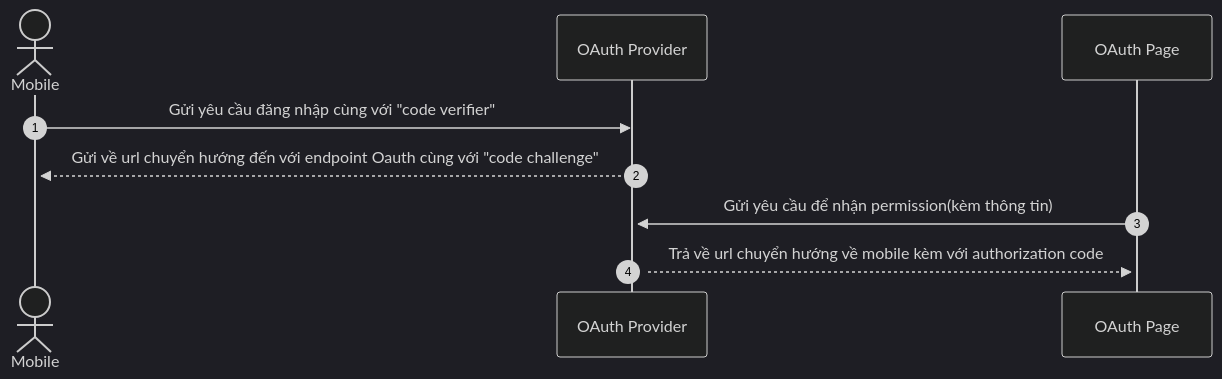
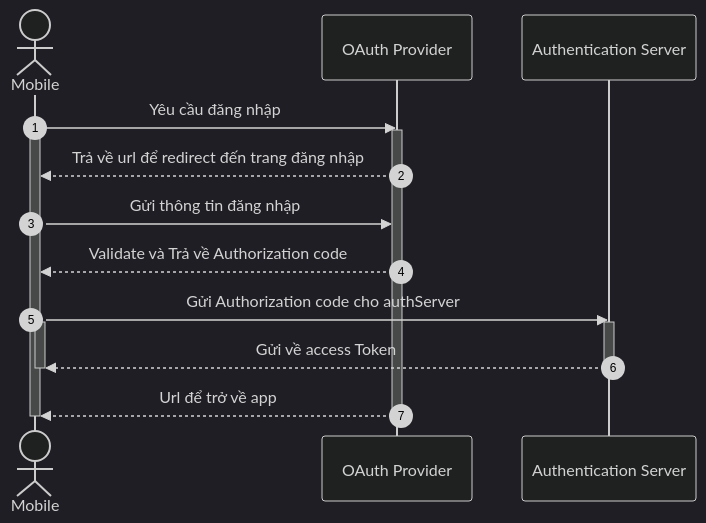
Before and after one commit to coinhub-uit/coinhub-uit.github.io: the second of 2 diagrams in docs/diagrams/sequence/user-auth.md, drawn with Mermaid (dark theme). The commit also changed other lines of this file, not shown here.

Commit message:
feat: diagram for user auth credential and oauth

````diff
--- a/docs/diagrams/sequence/user-auth.md
+++ b/docs/diagrams/sequence/user-auth.md
@@ -36,17 +27,24 @@
 ```mermaid
 sequenceDiagram
   autonumber
   actor mobile as Mobile
-  participant oauthProvider as OAuth Provider
-  participant oauthPage as OAuth Page
+  participant OAuthProvider as OAuth Provider
+  participant authServer as Authentication Server
 
-  mobile->>oauthProvider: Gửi yêu cầu đăng nhập cùng với "code verifier"
+  mobile->>OAuthProvider: Yêu cầu đăng nhập
   activate mobile
-  activate oauthProvider
-  oauthProvider-->>mobile: Gửi về url chuyển hướng đến với endpoint Oauth cùng với "code challenge"
+  activate OAuthProvider
+  OAuthProvider-->>mobile: Trả về url để redirect đến trang đăng nhập
+  mobile->>OAuthProvider: Gửi thông tin đăng nhập
+  OAuthProvider-->>mobile: Validate và Trả về Authorization code
+  mobile->>authServer: Gửi Authorization code cho authServer
+  activate mobile
+  activate authServer
+  authServer-->>mobile: Gửi về access Token
+  deactivate mobile
+  deactivate authServer
+  OAuthProvider-->>mobile: Url để trở về app
+  deactivate mobile
+  deactivate OAuthProvider
 
-  oauthPage->>oauthProvider: Gửi yêu cầu để nhận permission(kèm thông tin)
-  activate oauthProvider
-  activate oauthPage
-  oauthProvider-->>oauthPage: Trả về url chuyển hướng về mobile kèm với authorization code
 ```
````
